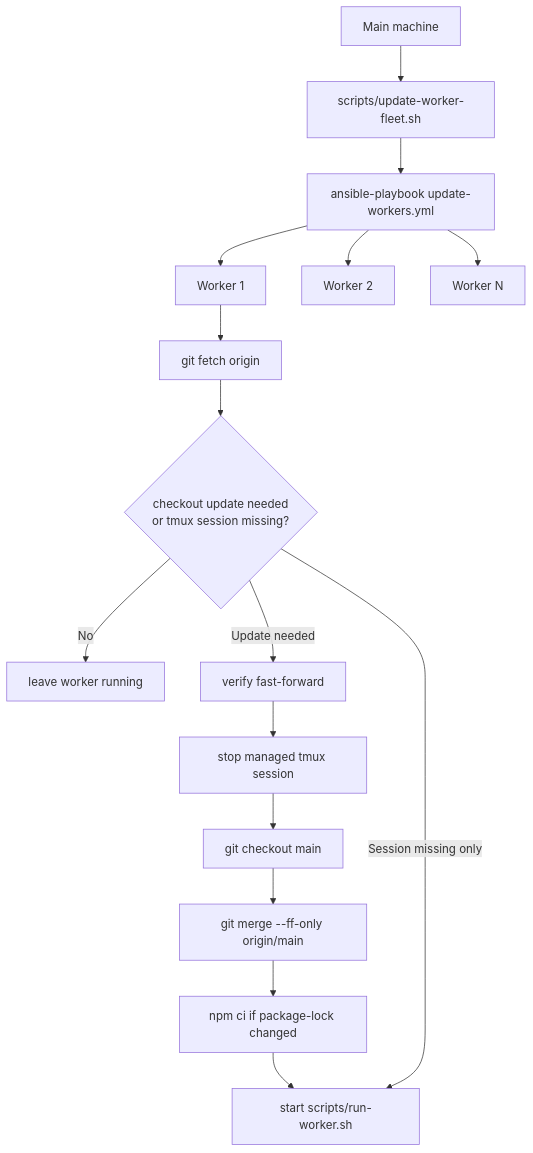
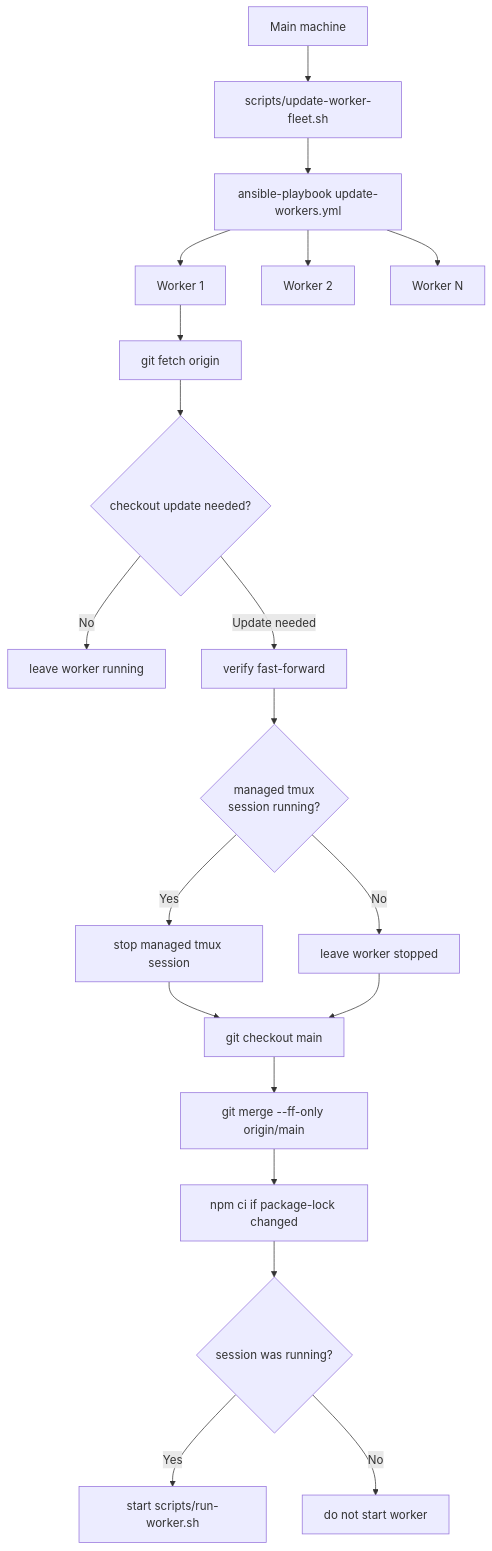
One commit to ivanmijatovic89/polymarket-bot changed the diagram in docs/backtest/worker-fleet-ansible.md. Above: the diagram before and after it, drawn with Mermaid. The commit also changed other lines of this file and 9 other files, not shown here.

Commit message:
Split worker fleet start from update

````diff
--- a/docs/backtest/worker-fleet-ansible.md
+++ b/docs/backtest/worker-fleet-ansible.md
@@ -37,19 +38,23 @@
 ```mermaid
 flowchart TD
     A[Main machine] --> B["scripts/update-worker-fleet.sh"]
     B --> C["ansible-playbook update-workers.yml"]
     C --> D[Worker 1]
     C --> E[Worker 2]
     C --> F[Worker N]
 
     D --> G["git fetch origin"]
-    G --> H{"checkout update needed<br/>or tmux session missing?"}
+    G --> H{"checkout update needed?"}
     H -- No --> I["leave worker running"]
     H -- "Update needed" --> J["verify fast-forward"]
-    J --> K["stop managed tmux session"]
-    K --> L["git checkout main"]
-    L --> M["git merge --ff-only origin/main"]
-    M --> N["npm ci if package-lock changed"]
-    N --> O["start scripts/run-worker.sh"]
-    H -- "Session missing only" --> O
+    J --> K{"managed tmux<br/>session running?"}
+    K -- Yes --> L["stop managed tmux session"]
+    K -- No --> M["leave worker stopped"]
+    L --> N["git checkout main"]
+    M --> N
+    N --> O["git merge --ff-only origin/main"]
+    O --> P["npm ci if package-lock changed"]
+    P --> Q{"session was running?"}
+    Q -- Yes --> R["start scripts/run-worker.sh"]
+    Q -- No --> S["do not start worker"]
 ```
````
